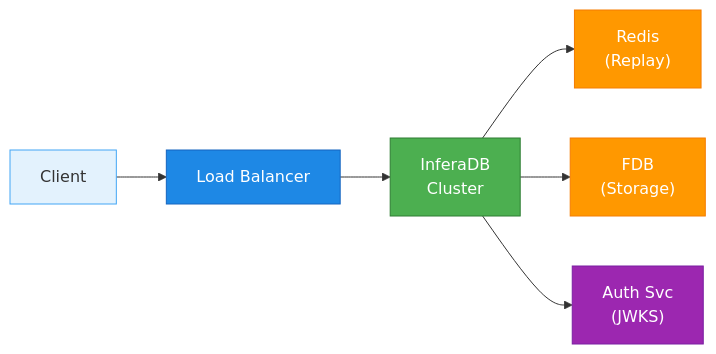
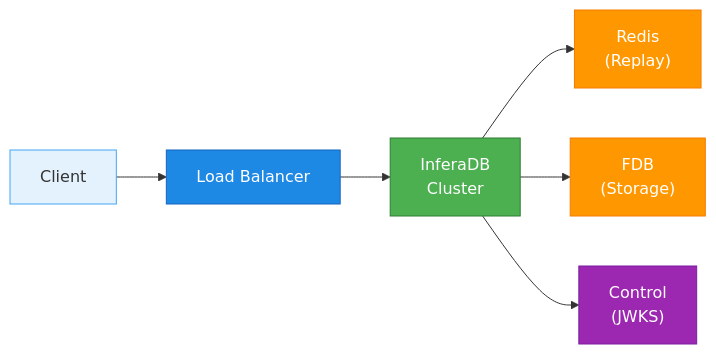
The diagram in docs/guides/deployment.md (inferadb/engine), drawn with Mermaid before and after one commit. The commit also changed 7 other files, not shown here.

````diff
--- a/docs/guides/deployment.md
+++ b/docs/guides/deployment.md
@@ -30,16 +30,16 @@
 ```mermaid
 flowchart LR
     CLIENT["Client"] --> LB["Load Balancer"]
     LB --> CLUSTER["InferaDB<br/>Cluster"]
 
     CLUSTER --> REDIS["Redis<br/>(Replay)"]
     CLUSTER --> FDB["FDB<br/>(Storage)"]
-    CLUSTER --> AUTH["Auth Svc<br/>(JWKS)"]
+    CLUSTER --> CONTROL["Control<br/>(JWKS)"]
 
     style CLIENT fill:#E3F2FD,stroke:#42A5F5
     style LB fill:#1E88E5,stroke:#1565C0,color:#fff
     style CLUSTER fill:#4CAF50,stroke:#2E7D32,color:#fff
     style REDIS fill:#FF9800,stroke:#F57C00,color:#fff
     style FDB fill:#FF9800,stroke:#F57C00,color:#fff
-    style AUTH fill:#9C27B0,stroke:#7B1FA2,color:#fff
+    style CONTROL fill:#9C27B0,stroke:#7B1FA2,color:#fff
 ```
````
